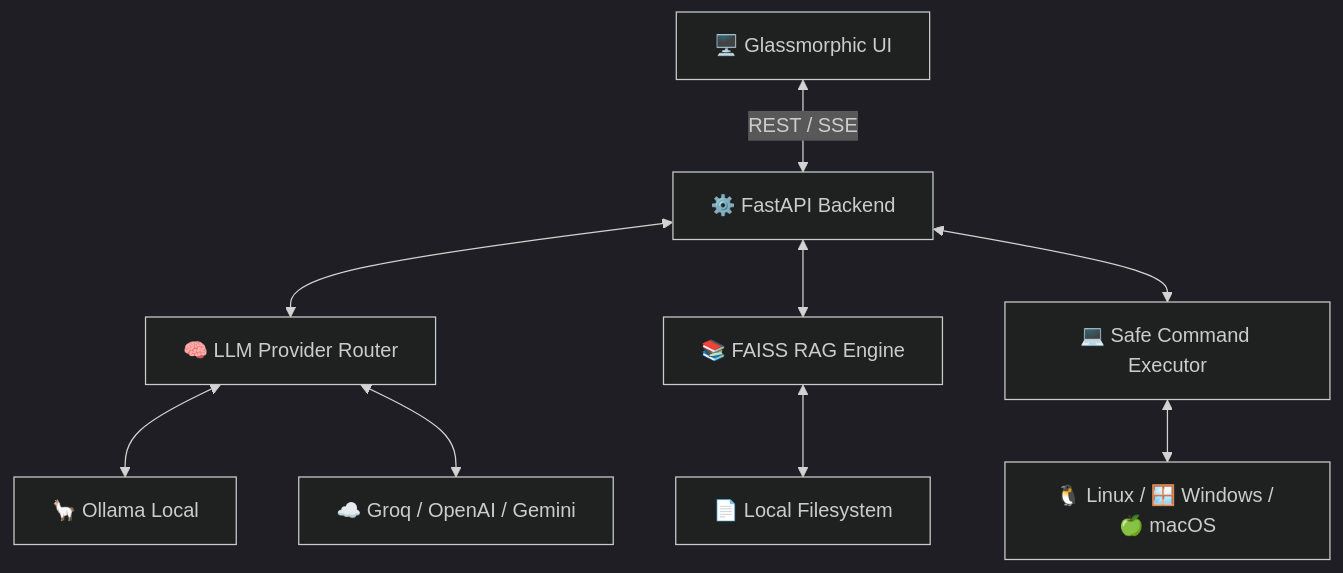
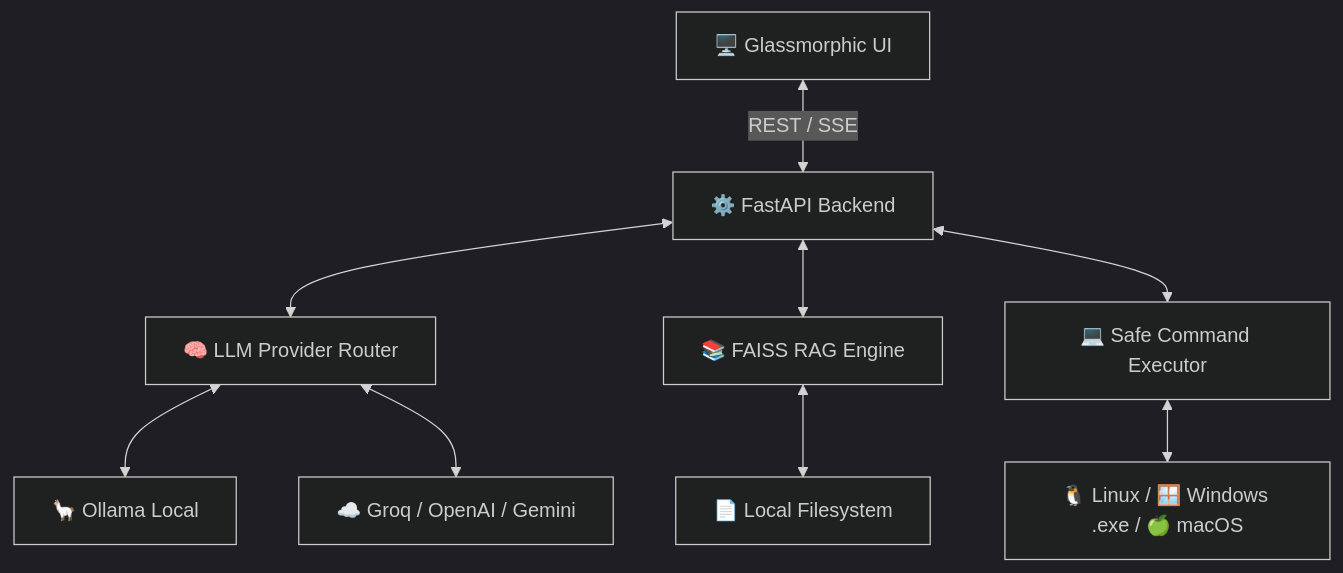
The diagram in README.md (Ashishdevpandey/VOIDER---LINUX-COMPANION), drawn with Mermaid (dark theme) before and after one commit. The commit also changed other lines of this file, not shown here.

Commit message:
Update README with Windows .exe support

````diff
--- a/README.md
+++ b/README.md
@@ -66,11 +74,11 @@
 ```mermaid
 graph TD;
     UI[🖥️ Glassmorphic UI] <-->|REST / SSE| API[⚙️ FastAPI Backend];
     API <--> LLM[🧠 LLM Provider Router];
     LLM <--> Ollama[🦙 Ollama Local];
     LLM <--> Cloud[☁️ Groq / OpenAI / Gemini];
     API <--> RAG[📚 FAISS RAG Engine];
     RAG <--> Docs[📄 Local Filesystem];
     API <--> CMD[💻 Safe Command Executor];
-    CMD <--> OS[🐧 Linux / 🪟 Windows / 🍏 macOS];
+    CMD <--> OS[🐧 Linux / 🪟 Windows .exe / 🍏 macOS];
 ```
````
